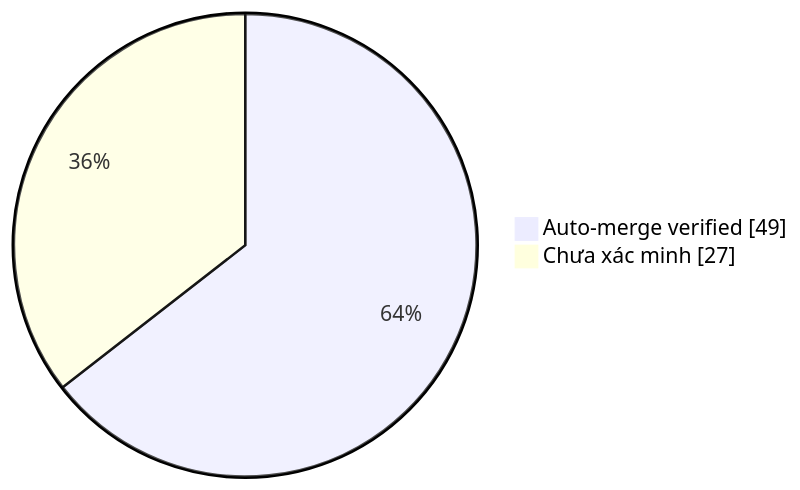
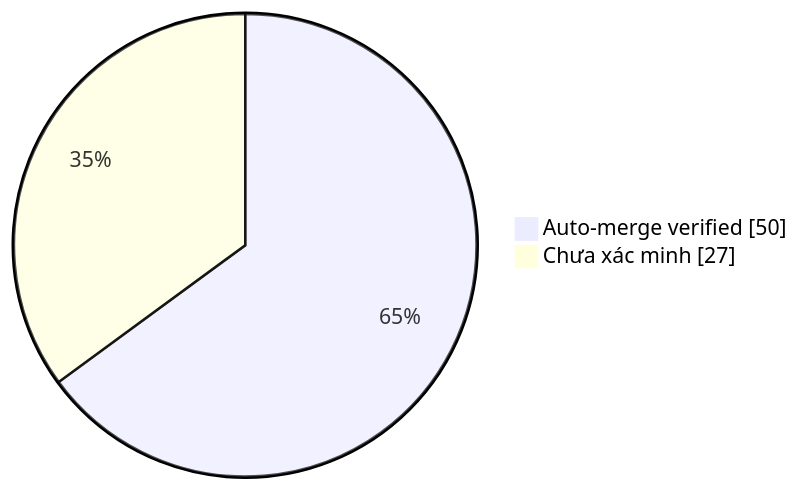
One commit to duykhang68/tetdinhmuiblog changed the diagram in collector.md. Above: the diagram before and after it, drawn with Mermaid. The commit also changed other lines of this file and 1 other file, not shown here.

Commit message:
docs(collector): update auto-merge evidence dashboard

````diff
--- a/collector.md
+++ b/collector.md
@@ -22,5 +22,5 @@
 ```mermaid
 pie showData
-    "Auto-merge verified" : 49
+    "Auto-merge verified" : 50
     "Chưa xác minh" : 27
 ```
````
